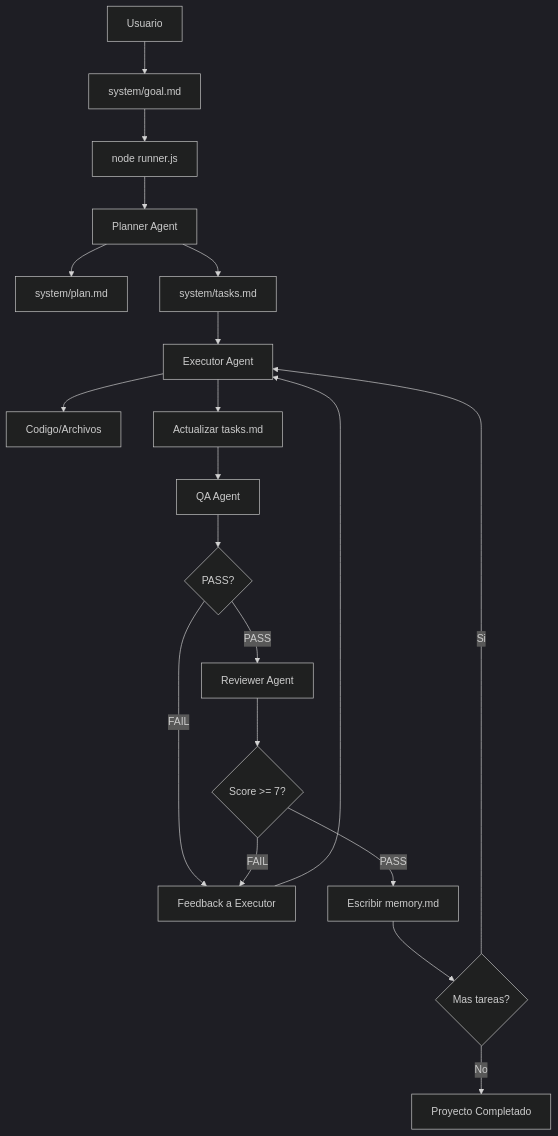
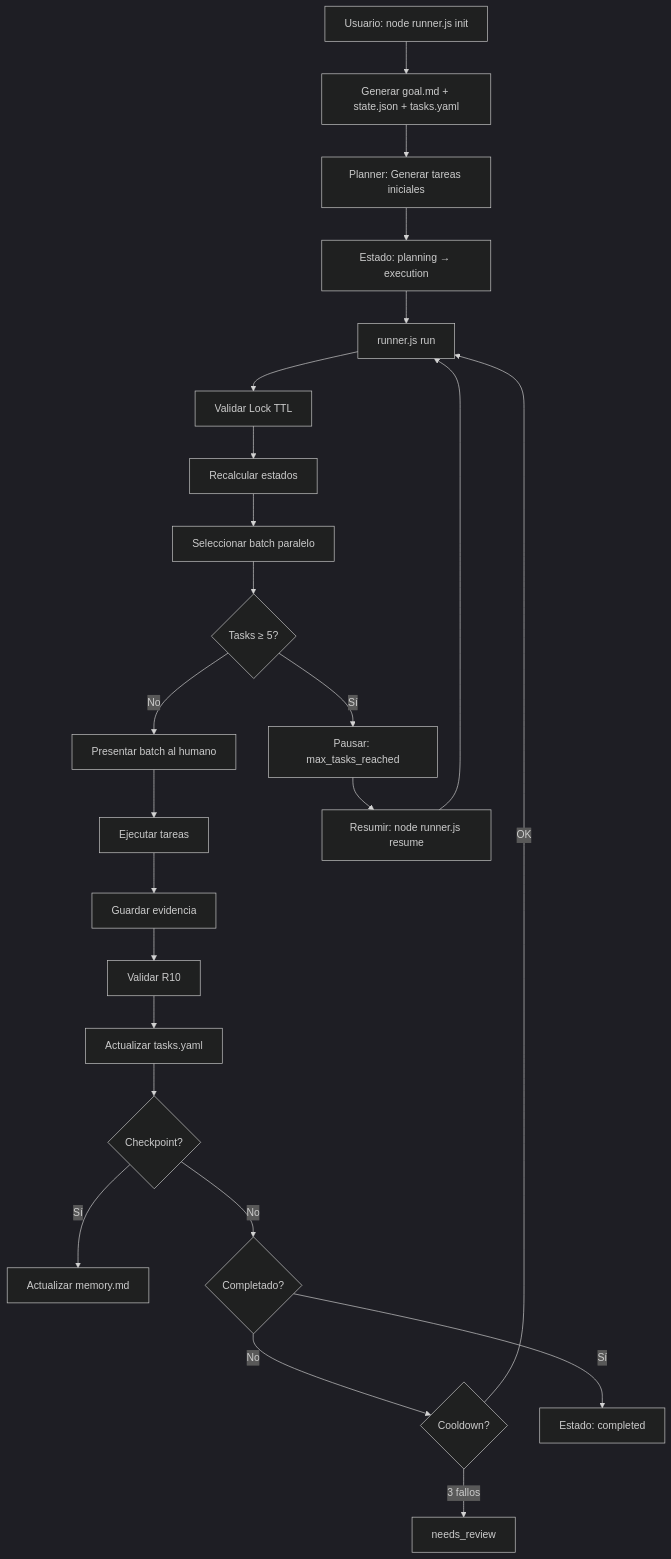
One commit to cagr1/ai-orchestrator-base changed the diagram in README.md. Above: the diagram before and after it, drawn with Mermaid (dark theme). The commit also changed other lines of this file and 4 other files, not shown here.

````diff
--- a/README.md
+++ b/README.md
@@ -65,28 +159,30 @@
 ```mermaid
 graph TD
-    User[Usuario] --> Goal[system/goal.md]
-    Goal --> Runner[node runner.js]
-    Runner --> Planner[Planner Agent]
-    Planner --> Plan[system/plan.md]
-    Planner --> Tasks[system/tasks.md]
+    A[Usuario: node runner.js init] --> B[Generar goal.md + state.json + tasks.yaml]
+    B --> C[Planner: Generar tareas iniciales]
+    C --> D[Estado: planning → execution]
     
-    Tasks --> Executor[Executor Agent]
-    Executor --> Code[Codigo/Archivos]
-    Executor --> Update1[Actualizar tasks.md]
+    D --> E[runner.js run]
+    E --> F[Validar Lock TTL]
+    F --> G[Recalcular estados]
+    G --> H[Seleccionar batch paralelo]
+    H --> I{Tasks ≥ 5?}
+    I -->|Sí| J[Pausar: max_tasks_reached]
+    I -->|No| K[Presentar batch al humano]
     
-    Update1 --> QA[QA Agent]
-    QA --> QAResult{PASS?}
+    K --> L[Ejecutar tareas]
+    L --> M[Guardar evidencia]
+    M --> N[Validar R10]
+    N --> O[Actualizar tasks.yaml]
+    O --> P{Checkpoint?}
+    P -->|Sí| Q[Actualizar memory.md]
+    P -->|No| R{Completado?}
     
-    QAResult -->|FAIL| Fix[Feedback a Executor]
-    QAResult -->|PASS| Reviewer[Reviewer Agent]
+    R -->|No| S{Cooldown?}
+    S -->|3 fallos| T[needs_review]
+    S -->|OK| E
     
-    Reviewer --> ReviewResult{Score >= 7?}
-    ReviewResult -->|FAIL| Fix
-    ReviewResult -->|PASS| Memory[Escribir memory.md]
-    
-    Memory --> MoreTasks{Mas tareas?}
-    MoreTasks -->|Si| Executor
-    MoreTasks -->|No| Complete[ Proyecto Completado]
-    
-    Fix --> Executor
+    R -->|Sí| U[Estado: completed]
+    J --> V[Resumir: node runner.js resume]
+    V --> E
 ```
````
